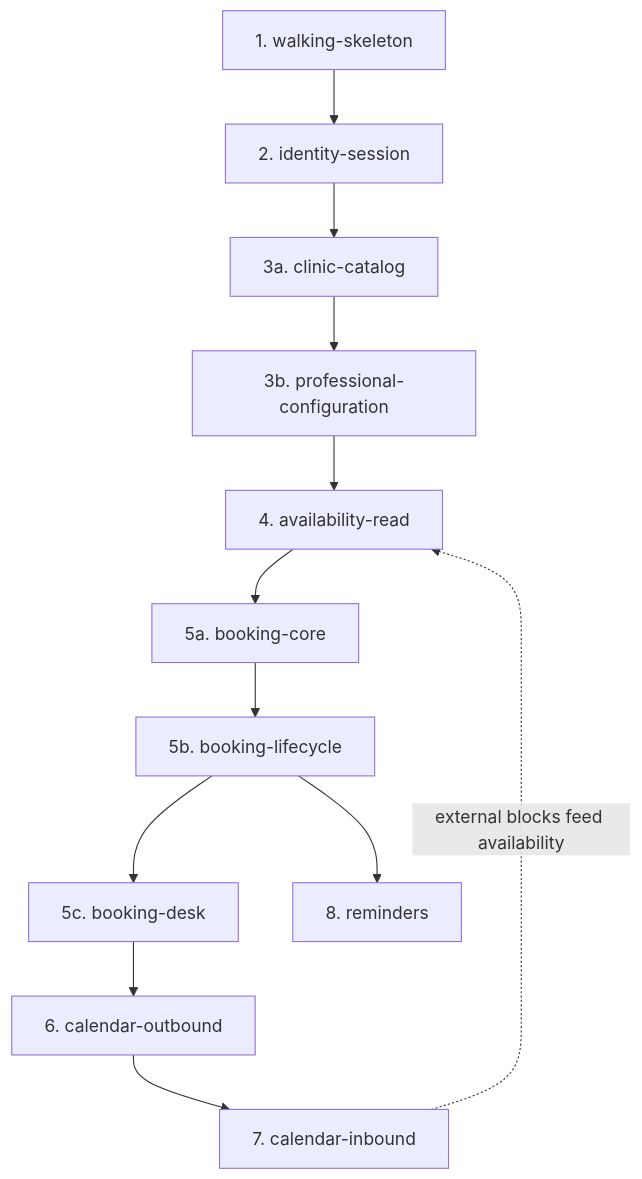
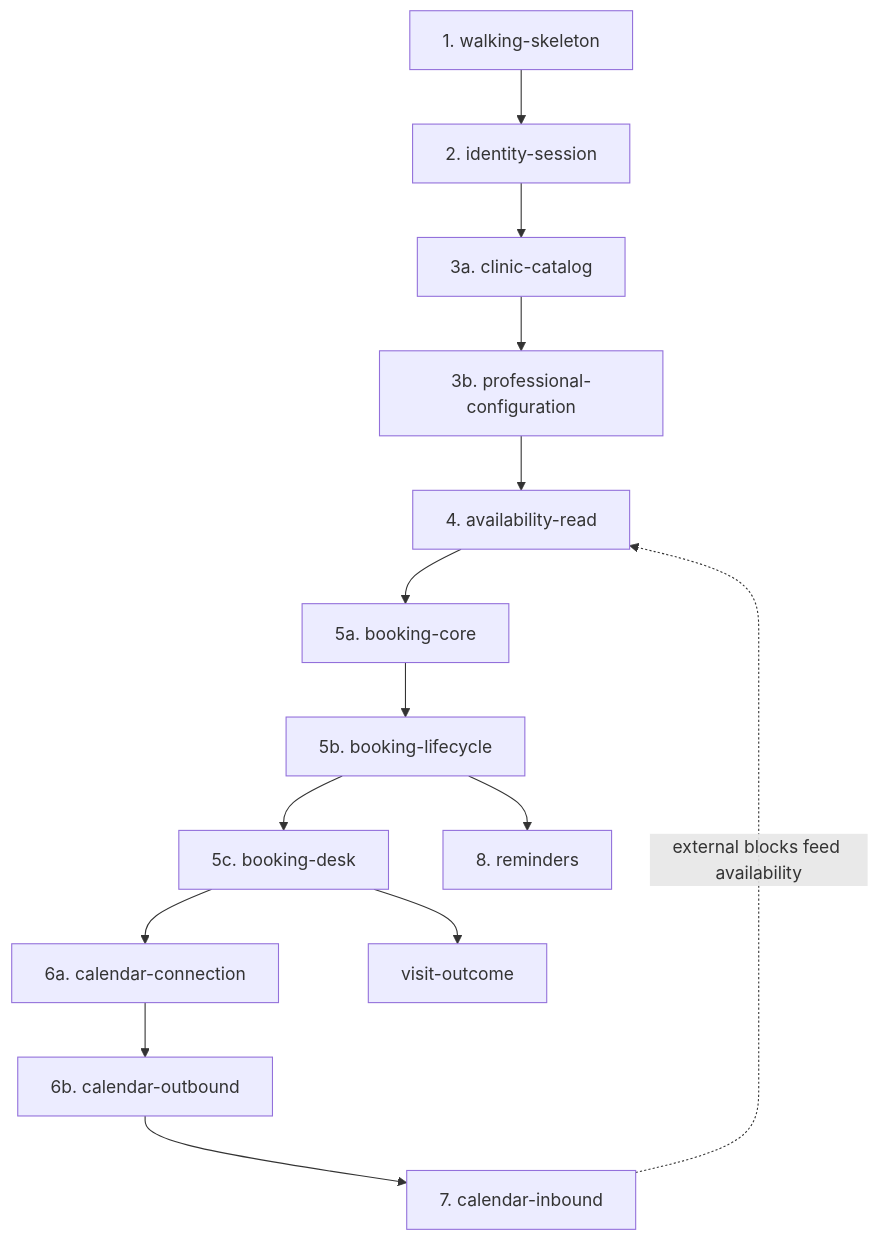
The diagram in docs/05-openspec-workflow.md (PedroCalabria/clinic_scheduling), drawn with Mermaid before and after one commit. The commit also changed other lines of this file and 61 other files, not shown here.

````diff
--- a/docs/05-openspec-workflow.md
+++ b/docs/05-openspec-workflow.md
@@ -62,18 +64,21 @@
 ```mermaid
 flowchart TB
   c1["1. walking-skeleton"]
   c2["2. identity-session"]
   c3a["3a. clinic-catalog"]
   c3b["3b. professional-configuration"]
   c4["4. availability-read"]
   c5a["5a. booking-core"]
   c5b["5b. booking-lifecycle"]
   c5c["5c. booking-desk"]
-  c6["6. calendar-outbound"]
+  c6a["6a. calendar-connection"]
+  c6b["6b. calendar-outbound"]
   c7["7. calendar-inbound"]
   c8["8. reminders"]
+  cvo["visit-outcome"]
   c1 --> c2 --> c3a --> c3b --> c4 --> c5a --> c5b --> c5c
-  c5c --> c6 --> c7
+  c5c --> c6a --> c6b --> c7
   c5b --> c8
+  c5c --> cvo
   c7 -.->|external blocks feed availability| c4
 ```
````
